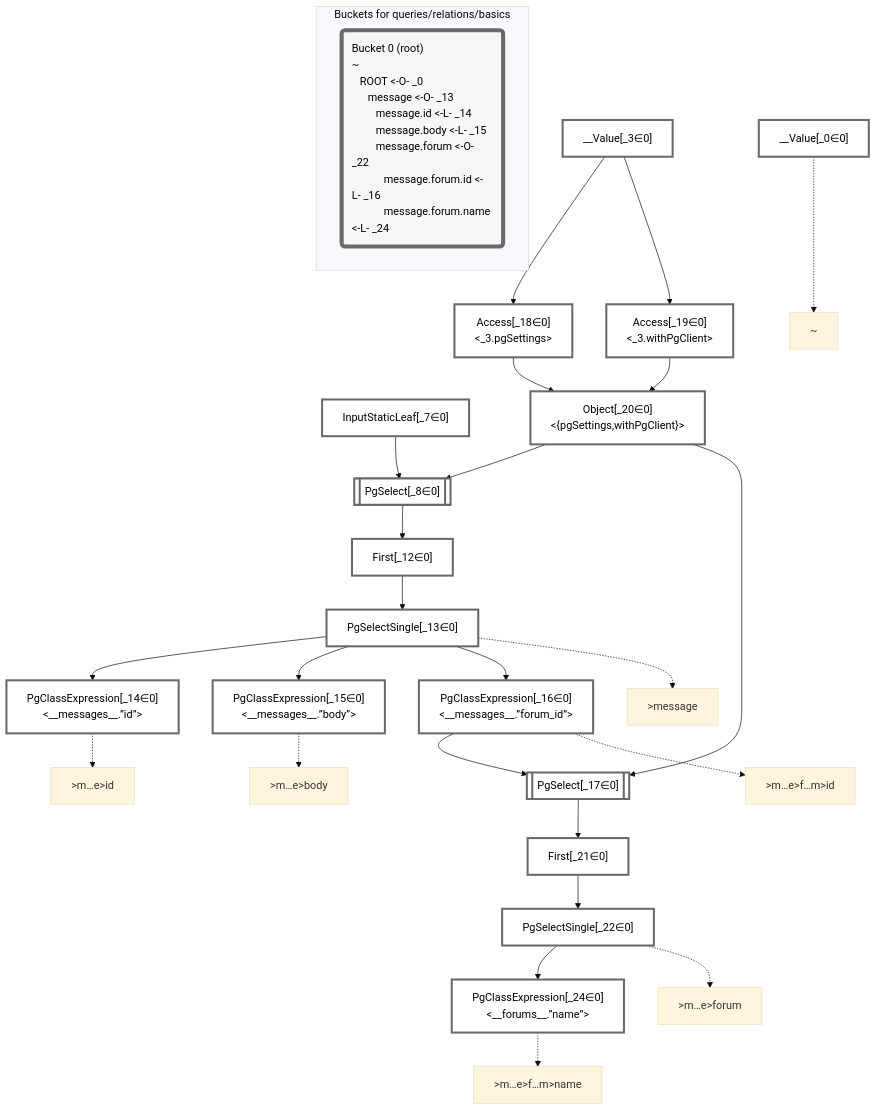
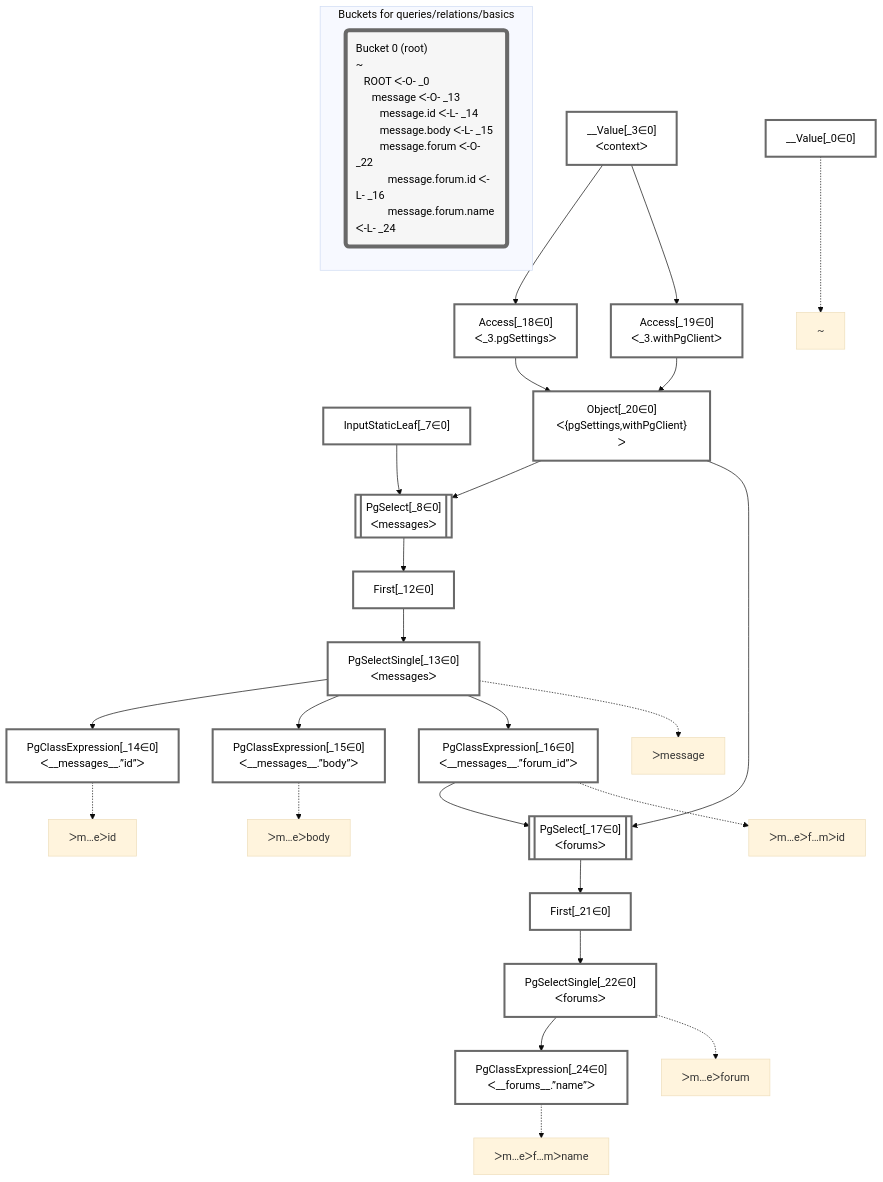
The diagram in packages/dataplan-pg/__tests__/queries/relations/basics.deopt.mermaid.md (graphile/crystal), drawn with Mermaid (base theme) before and after one commit. The commit also changed 195 other files, not shown here.

````diff
--- a/packages/dataplan-pg/__tests__/queries/relations/basics.deopt.mermaid.md
+++ b/packages/dataplan-pg/__tests__/queries/relations/basics.deopt.mermaid.md
@@ -1,70 +1,70 @@
 ```mermaid
 graph TD
     classDef path fill:#eee,stroke:#000,color:#000
     classDef plan fill:#fff,stroke-width:3px,color:#000
     classDef itemplan fill:#fff,stroke-width:6px,color:#000
     classDef sideeffectplan fill:#f00,stroke-width:6px,color:#000
     classDef bucket fill:#f6f6f6,color:#000,stroke-width:6px,text-align:left
 
 
     %% define plans
     __Value_0["__Value[_0∈0]"]:::plan
-    __Value_3["__Value[_3∈0]<br /><context>"]:::plan
+    __Value_3["__Value[_3∈0]<br />ᐸcontextᐳ"]:::plan
     InputStaticLeaf_7["InputStaticLeaf[_7∈0]"]:::plan
-    PgSelect_8[["PgSelect[_8∈0]<br /><messages>"]]:::plan
+    PgSelect_8[["PgSelect[_8∈0]<br />ᐸmessagesᐳ"]]:::plan
     First_12["First[_12∈0]"]:::plan
-    PgSelectSingle_13["PgSelectSingle[_13∈0]<br /><messages>"]:::plan
-    PgClassExpression_14["PgClassExpression[_14∈0]<br /><__messages__.”id”>"]:::plan
-    PgClassExpression_15["PgClassExpression[_15∈0]<br /><__messages__.”body”>"]:::plan
-    PgClassExpression_16["PgClassExpression[_16∈0]<br /><__messages__.”forum_id”>"]:::plan
-    PgSelect_17[["PgSelect[_17∈0]<br /><forums>"]]:::plan
-    Access_18["Access[_18∈0]<br /><_3.pgSettings>"]:::plan
-    Access_19["Access[_19∈0]<br /><_3.withPgClient>"]:::plan
-    Object_20["Object[_20∈0]<br /><{pgSettings,withPgClient}>"]:::plan
+    PgSelectSingle_13["PgSelectSingle[_13∈0]<br />ᐸmessagesᐳ"]:::plan
+    PgClassExpression_14["PgClassExpression[_14∈0]<br />ᐸ__messages__.”id”ᐳ"]:::plan
+    PgClassExpression_15["PgClassExpression[_15∈0]<br />ᐸ__messages__.”body”ᐳ"]:::plan
+    PgClassExpression_16["PgClassExpression[_16∈0]<br />ᐸ__messages__.”forum_id”ᐳ"]:::plan
+    PgSelect_17[["PgSelect[_17∈0]<br />ᐸforumsᐳ"]]:::plan
+    Access_18["Access[_18∈0]<br />ᐸ_3.pgSettingsᐳ"]:::plan
+    Access_19["Access[_19∈0]<br />ᐸ_3.withPgClientᐳ"]:::plan
+    Object_20["Object[_20∈0]<br />ᐸ{pgSettings,withPgClient}ᐳ"]:::plan
     First_21["First[_21∈0]"]:::plan
-    PgSelectSingle_22["PgSelectSingle[_22∈0]<br /><forums>"]:::plan
-    PgClassExpression_24["PgClassExpression[_24∈0]<br /><__forums__.”name”>"]:::plan
+    PgSelectSingle_22["PgSelectSingle[_22∈0]<br />ᐸforumsᐳ"]:::plan
+    PgClassExpression_24["PgClassExpression[_24∈0]<br />ᐸ__forums__.”name”ᐳ"]:::plan
 
     %% plan dependencies
     Object_20 --> PgSelect_8
     InputStaticLeaf_7 --> PgSelect_8
     PgSelect_8 --> First_12
     First_12 --> PgSelectSingle_13
     PgSelectSingle_13 --> PgClassExpression_14
     PgSelectSingle_13 --> PgClassExpression_15
     PgSelectSingle_13 --> PgClassExpression_16
     Object_20 --> PgSelect_17
     PgClassExpression_16 --> PgSelect_17
     __Value_3 --> Access_18
     __Value_3 --> Access_19
     Access_18 --> Object_20
     Access_19 --> Object_20
     PgSelect_17 --> First_21
     First_21 --> PgSelectSingle_22
     PgSelectSingle_22 --> PgClassExpression_24
 
     %% plan-to-path relationships
     P_0["~"]
     __Value_0 -.-> P_0
-    P_13[">message"]
+    P_13["ᐳmessage"]
     PgSelectSingle_13 -.-> P_13
-    P_14[">m…e>id"]
+    P_14["ᐳm…eᐳid"]
     PgClassExpression_14 -.-> P_14
-    P_15[">m…e>body"]
+    P_15["ᐳm…eᐳbody"]
     PgClassExpression_15 -.-> P_15
-    P_16[">m…e>f…m>id"]
+    P_16["ᐳm…eᐳf…mᐳid"]
     PgClassExpression_16 -.-> P_16
-    P_22[">m…e>forum"]
+    P_22["ᐳm…eᐳforum"]
     PgSelectSingle_22 -.-> P_22
-    P_24[">m…e>f…m>name"]
+    P_24["ᐳm…eᐳf…mᐳname"]
     PgClassExpression_24 -.-> P_24
 
     %% allocate buckets
     classDef bucket0 stroke:#696969
     class __Value_0,__Value_3,InputStaticLeaf_7,PgSelect_8,First_12,PgSelectSingle_13,PgClassExpression_14,PgClassExpression_15,PgClassExpression_16,PgSelect_17,Access_18,Access_19,Object_20,First_21,PgSelectSingle_22,PgClassExpression_24 bucket0
 
     subgraph "Buckets for queries/relations/basics"
-    Bucket0("Bucket 0 (root)<br />~<br />⠀ROOT <-O- _0<br />⠀⠀message <-O- _13<br />⠀⠀⠀message.id <-L- _14<br />⠀⠀⠀message.body <-L- _15<br />⠀⠀⠀message.forum <-O- _22<br />⠀⠀⠀⠀message.forum.id <-L- _16<br />⠀⠀⠀⠀message.forum.name <-L- _24"):::bucket
+    Bucket0("Bucket 0 (root)<br />~<br />⠀ROOT ᐸ-O- _0<br />⠀⠀message ᐸ-O- _13<br />⠀⠀⠀message.id ᐸ-L- _14<br />⠀⠀⠀message.body ᐸ-L- _15<br />⠀⠀⠀message.forum ᐸ-O- _22<br />⠀⠀⠀⠀message.forum.id ᐸ-L- _16<br />⠀⠀⠀⠀message.forum.name ᐸ-L- _24"):::bucket
     style Bucket0 stroke:#696969
     end
 ```
````
